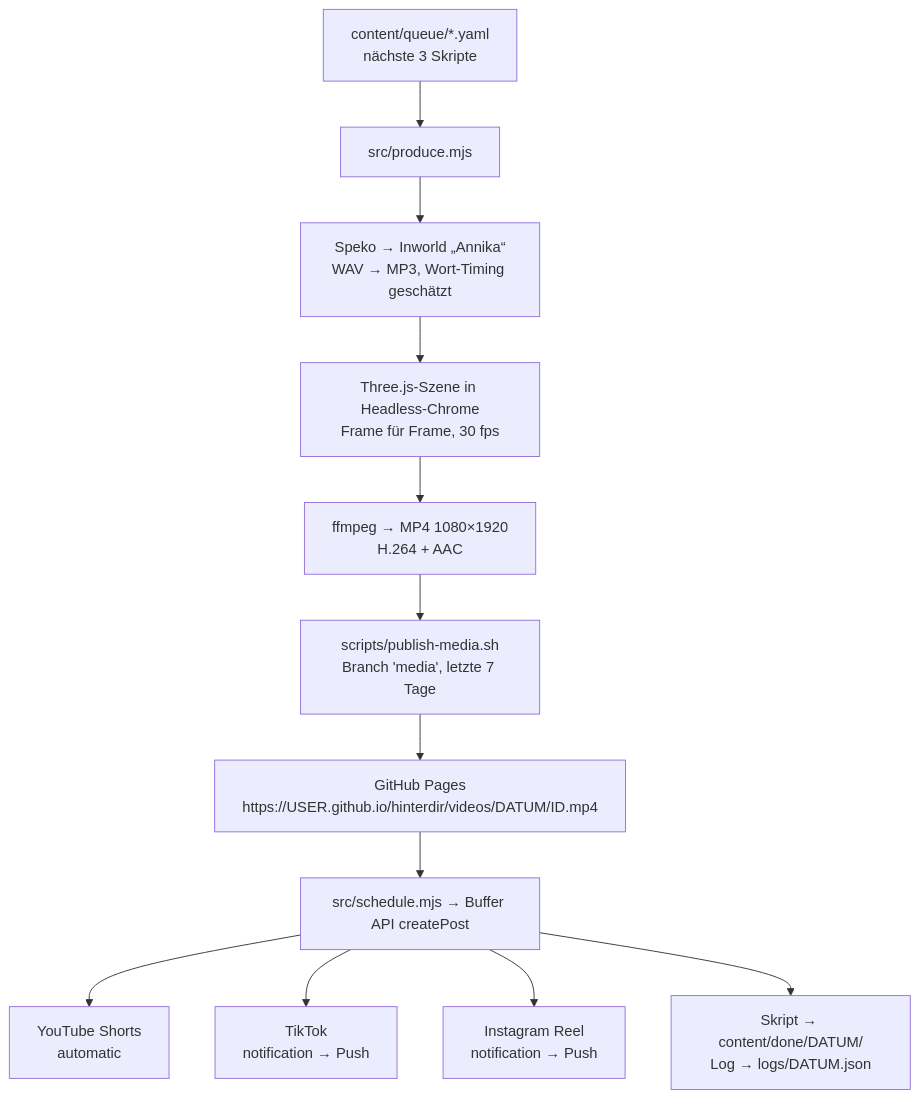
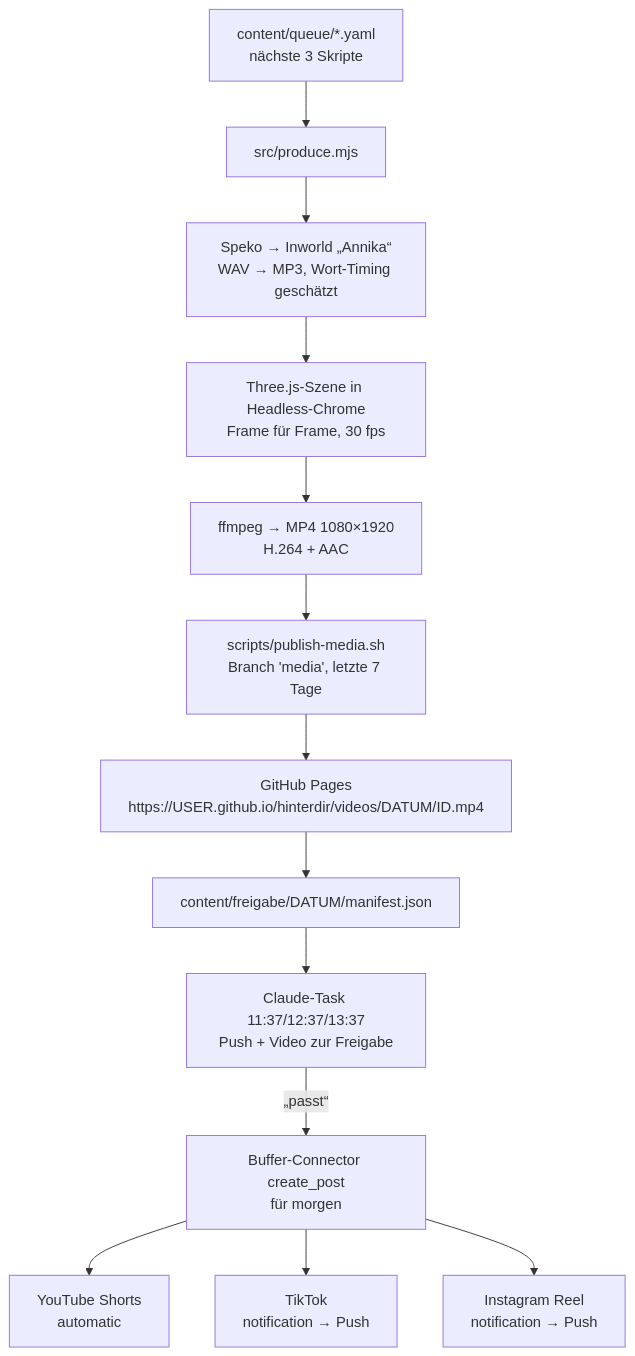
One commit to Hinterdir-art/hinterdir changed the diagram in docs/04_ARCHITEKTUR.md. Above: the diagram before and after it, drawn with Mermaid. The commit also changed other lines of this file and 2 other files, not shown here.

Commit message:
Doku auf Freigabe-Ablauf aktualisiert
Claude-Session: https://claude.ai/code/session_01HruDaCJwouymzwdvKuBaEe

````diff
--- a/docs/04_ARCHITEKTUR.md
+++ b/docs/04_ARCHITEKTUR.md
@@ -5,14 +5,15 @@
 ```mermaid
 flowchart TD
   Q[content/queue/*.yaml<br/>nächste 3 Skripte] --> P[src/produce.mjs]
   P --> S[Speko → Inworld „Annika“<br/>WAV → MP3, Wort-Timing geschätzt]
   S --> R[Three.js-Szene in Headless-Chrome<br/>Frame für Frame, 30 fps]
   R --> F[ffmpeg → MP4 1080×1920<br/>H.264 + AAC]
   F --> M[scripts/publish-media.sh<br/>Branch 'media', letzte 7 Tage]
   M --> G[GitHub Pages<br/>https://USER.github.io/hinterdir/videos/DATUM/ID.mp4]
-  G --> B[src/schedule.mjs → Buffer API createPost]
+  G --> FG[content/freigabe/DATUM/manifest.json]
+  FG --> C[Claude-Task 11:37/12:37/13:37<br/>Push + Video zur Freigabe]
+  C -->|„passt“| B[Buffer-Connector create_post<br/>für morgen]
   B --> YT[YouTube Shorts<br/>automatic]
   B --> TT[TikTok<br/>notification → Push]
   B --> IG[Instagram Reel<br/>notification → Push]
-  B --> D[Skript → content/done/DATUM/<br/>Log → logs/DATUM.json]
 ```
````
